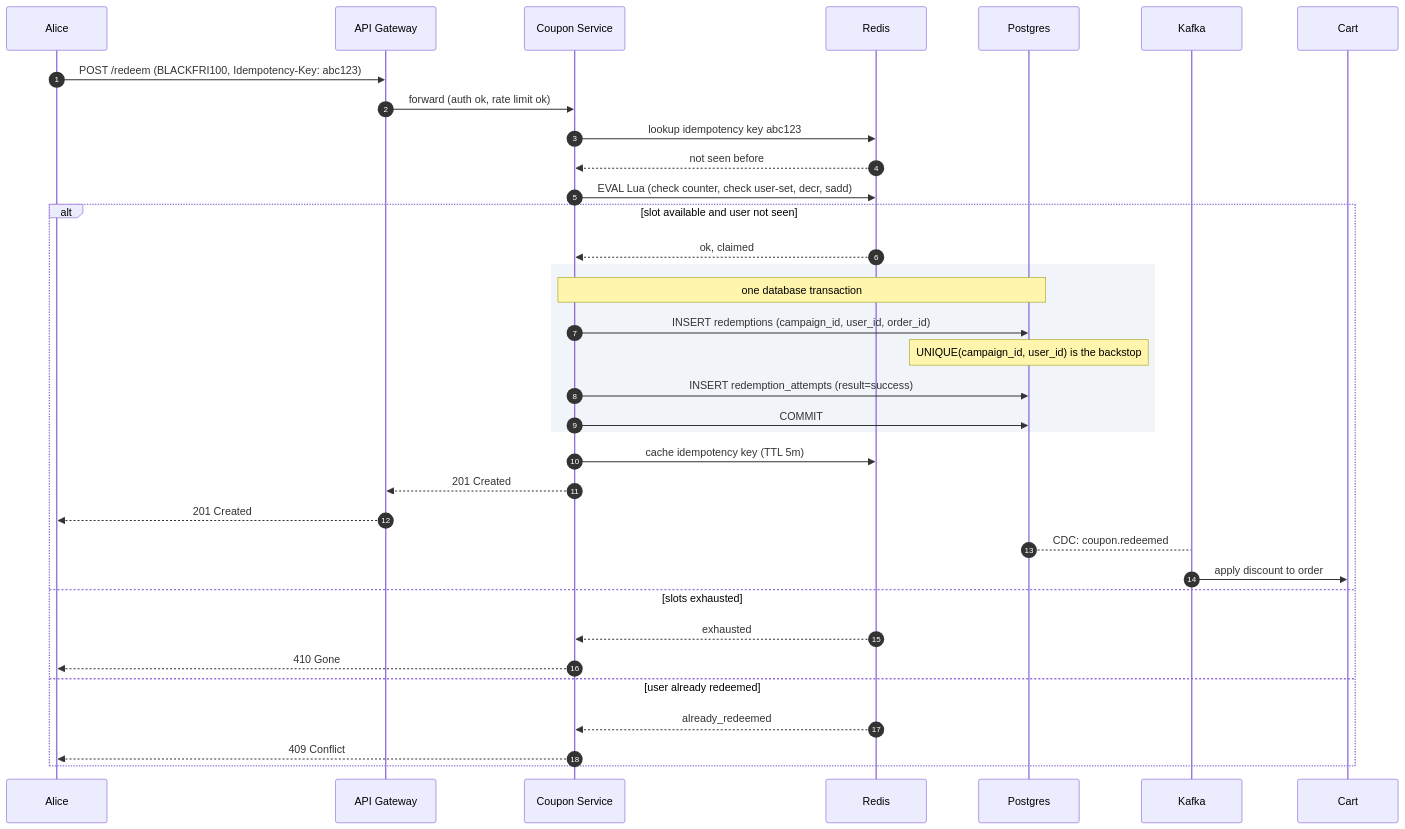
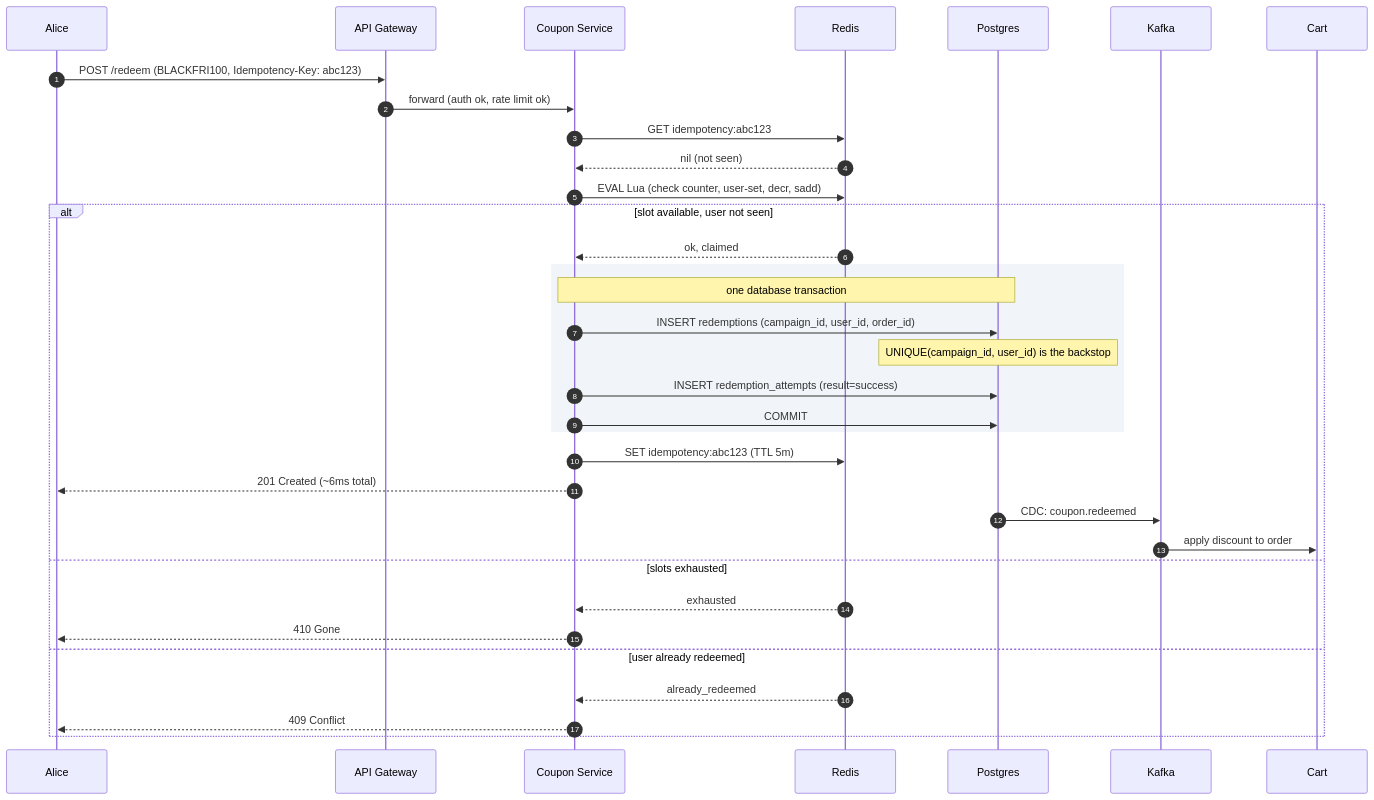
One commit to shiningflash/shiningflash.github.io changed the tenth of 15 diagrams in _practice/system-design/014-coupon-redemption.md. Above: the diagram before and after it, drawn with Mermaid. The commit also changed other lines of this file and 18 other files, not shown here.

````diff
--- a/_practice/system-design/014-coupon-redemption.md
+++ b/_practice/system-design/014-coupon-redemption.md
@@ -380,39 +446,38 @@
 ```mermaid
 sequenceDiagram
     autonumber
     participant Alice
     participant GW as API Gateway
     participant S as Coupon Service
     participant Redis
     participant DB as Postgres
     participant K as Kafka
     participant Cart
 
     Alice->>GW: POST /redeem (BLACKFRI100, Idempotency-Key: abc123)
     GW->>S: forward (auth ok, rate limit ok)
-    S->>Redis: lookup idempotency key abc123
-    Redis-->>S: not seen before
-    S->>Redis: EVAL Lua (check counter, check user-set, decr, sadd)
+    S->>Redis: GET idempotency:abc123
+    Redis-->>S: nil (not seen)
+    S->>Redis: EVAL Lua (check counter, user-set, decr, sadd)
 
-    alt slot available and user not seen
+    alt slot available, user not seen
         Redis-->>S: ok, claimed
         rect rgb(241, 245, 249)
             Note over S,DB: one database transaction
             S->>DB: INSERT redemptions (campaign_id, user_id, order_id)
             Note over DB: UNIQUE(campaign_id, user_id) is the backstop
             S->>DB: INSERT redemption_attempts (result=success)
             S->>DB: COMMIT
         end
-        S->>Redis: cache idempotency key (TTL 5m)
-        S-->>GW: 201 Created
-        GW-->>Alice: 201 Created
-        DB-->K: CDC: coupon.redeemed
+        S->>Redis: SET idempotency:abc123 (TTL 5m)
+        S-->>Alice: 201 Created (~6ms total)
+        DB->>K: CDC: coupon.redeemed
         K->>Cart: apply discount to order
     else slots exhausted
         Redis-->>S: exhausted
         S-->>Alice: 410 Gone
     else user already redeemed
         Redis-->>S: already_redeemed
         S-->>Alice: 409 Conflict
     end
 ```
````
